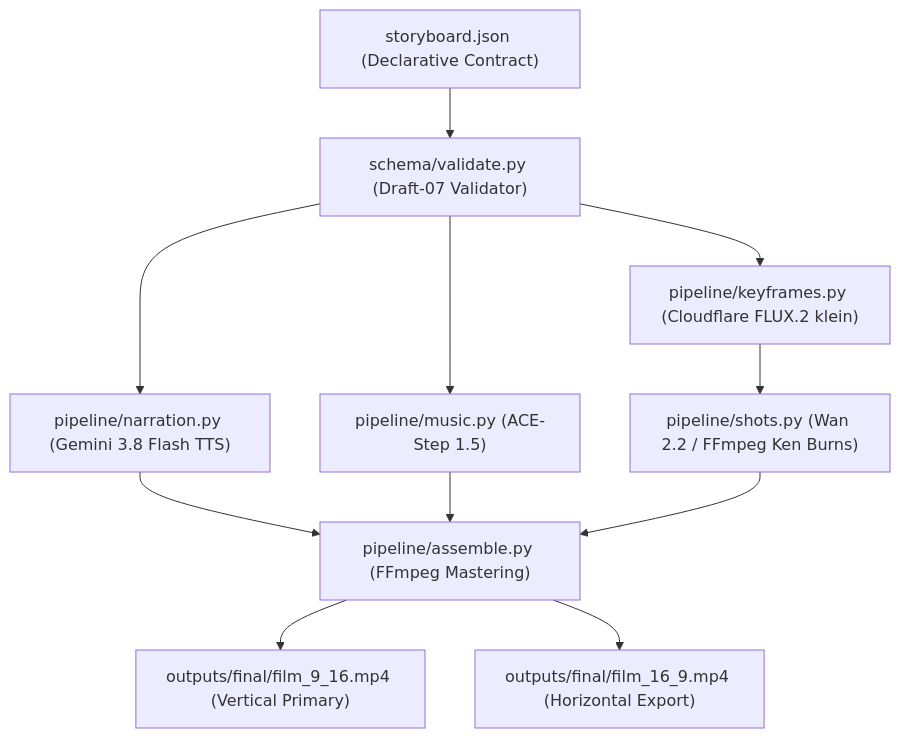
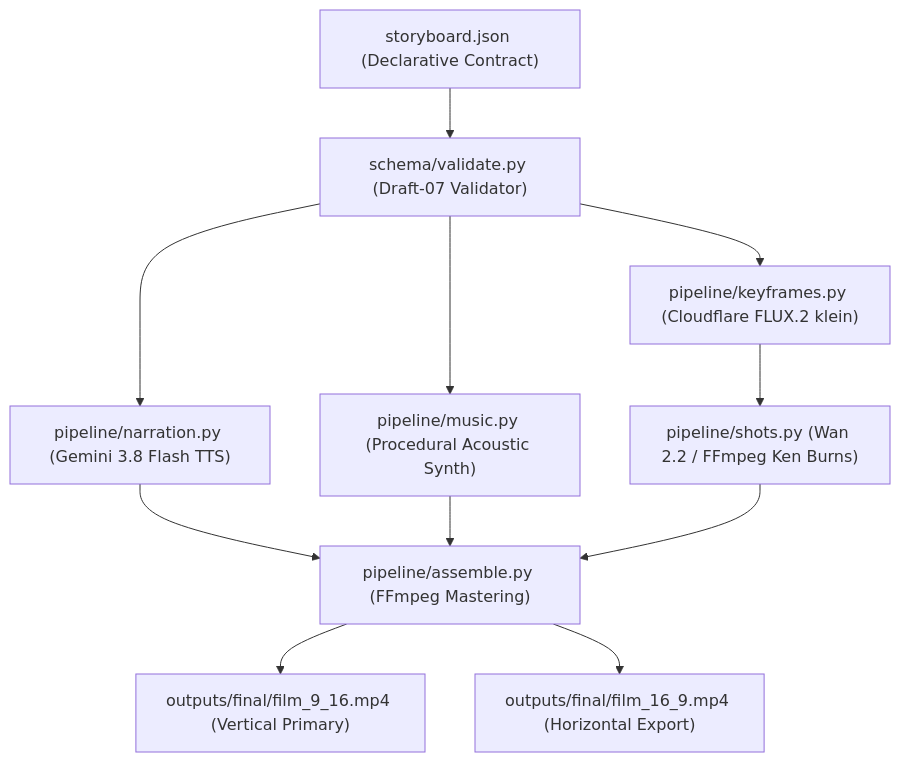
The diagram in README.md (Seife1/trp2w0-heritage-short), drawn with Mermaid before and after one commit. The commit also changed other lines of this file and 8 other files, not shown here.

````diff
--- a/README.md
+++ b/README.md
@@ -30,13 +30,13 @@
 ```mermaid
 flowchart TD
     Contract["storyboard.json (Declarative Contract)"] --> Validator["schema/validate.py (Draft-07 Validator)"]
     Validator --> Narration["pipeline/narration.py (Gemini 3.8 Flash TTS)"]
     Validator --> Keyframes["pipeline/keyframes.py (Cloudflare FLUX.2 klein)"]
-    Validator --> Music["pipeline/music.py (ACE-Step 1.5)"]
+    Validator --> Music["pipeline/music.py (Procedural Acoustic Synth)"]
     Keyframes --> Shots["pipeline/shots.py (Wan 2.2 / FFmpeg Ken Burns)"]
     Narration --> Assembly["pipeline/assemble.py (FFmpeg Mastering)"]
     Music --> Assembly
     Shots --> Assembly
     Assembly --> MasterVertical["outputs/final/film_9_16.mp4 (Vertical Primary)"]
     Assembly --> MasterHorizontal["outputs/final/film_16_9.mp4 (Horizontal Export)"]
 ```
````
